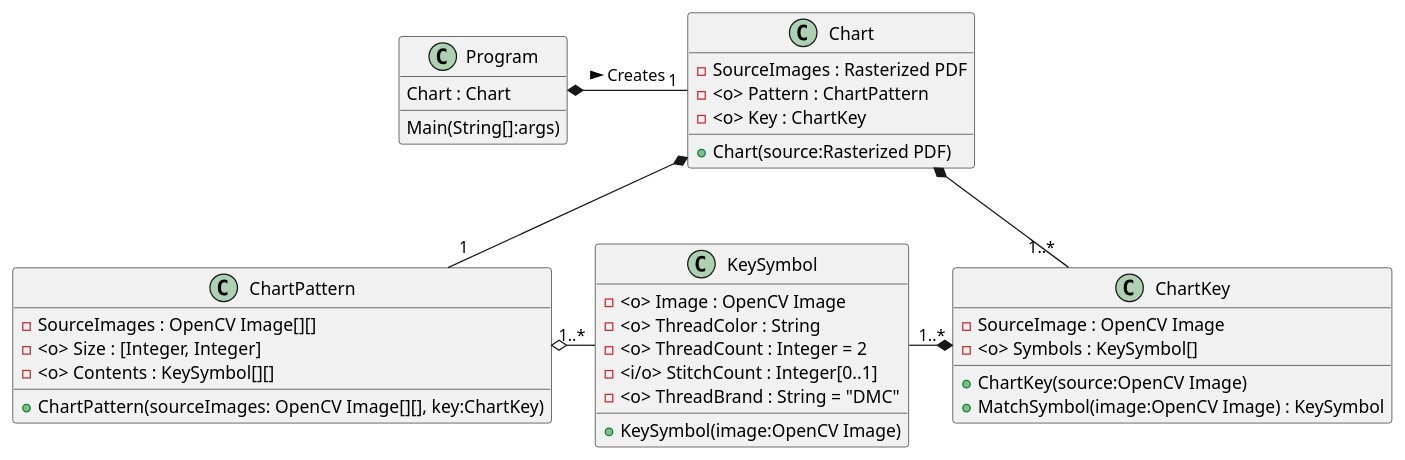
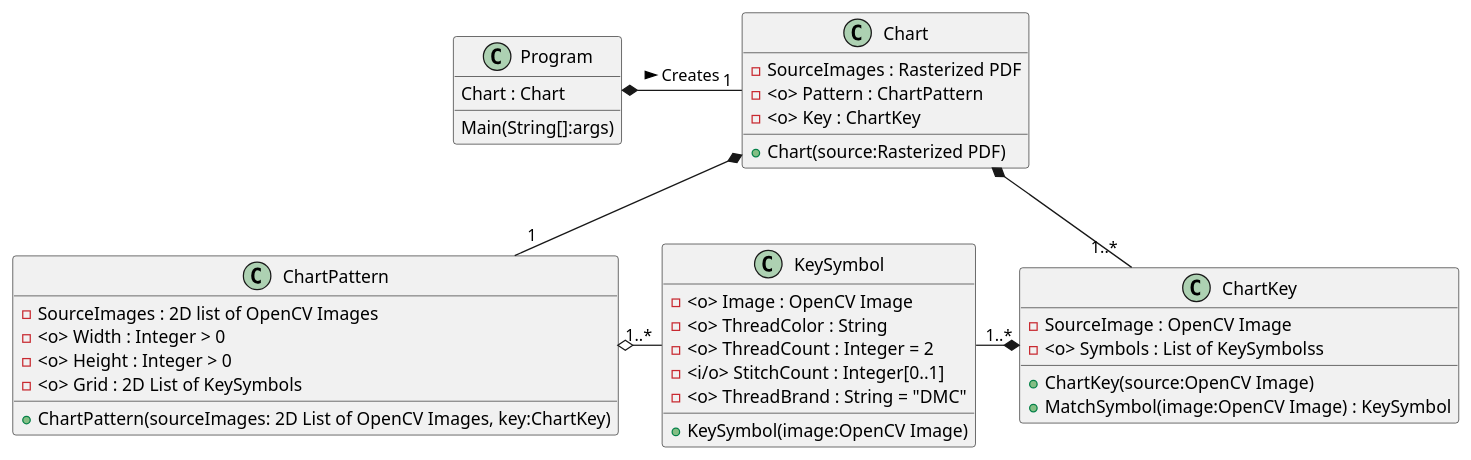
The diagram in PDF to OXS Converter/doc/classes.md (Badwolf369/PatternSeer), drawn with PlantUML before and after one commit.

Commit message:
Adjust some class property types in class diagram

```diff
--- a/PDF to OXS Converter/doc/classes.md
+++ b/PDF to OXS Converter/doc/classes.md
@@ -1,38 +1,39 @@
 @startuml
 class Program {
     Chart : Chart
     Main(String[]:args)
 }
 class Chart {
     -SourceImages : Rasterized PDF
     -<o> Pattern : ChartPattern
     -<o> Key : ChartKey
     +Chart(source:Rasterized PDF)
 }
 class ChartPattern {
-    -SourceImages : OpenCV Image[][]
-    -<o> Size : [Integer, Integer]
-    -<o> Contents : KeySymbol[][]
-    +ChartPattern(sourceImages: OpenCV Image[][], key:ChartKey)
+    -SourceImages : 2D list of OpenCV Images
+    -<o> Width : Integer > 0
+    -<o> Height : Integer > 0
+    -<o> Grid : 2D List of KeySymbols
+    +ChartPattern(sourceImages: 2D List of OpenCV Images, key:ChartKey)
 }
 class ChartKey {
     -SourceImage : OpenCV Image
-    -<o> Symbols : KeySymbol[]
+    -<o> Symbols : List of KeySymbolss
     +ChartKey(source:OpenCV Image)
     +MatchSymbol(image:OpenCV Image) : KeySymbol
 }
 class KeySymbol {
     -<o> Image : OpenCV Image
     -<o> ThreadColor : String
     -<o> ThreadCount : Integer = 2
     -<i/o> StitchCount : Integer[0..1]
     -<o> ThreadBrand : String = "DMC"
     +KeySymbol(image:OpenCV Image)
 }
 
 Chart "1" -l-* Program : < Creates
 ChartKey "1..*" -u-* Chart
 ChartPattern "1" -u-* Chart
 KeySymbol "1..*" -l-o ChartPattern
 KeySymbol "1..*" -r-* ChartKey
 @enduml
```
